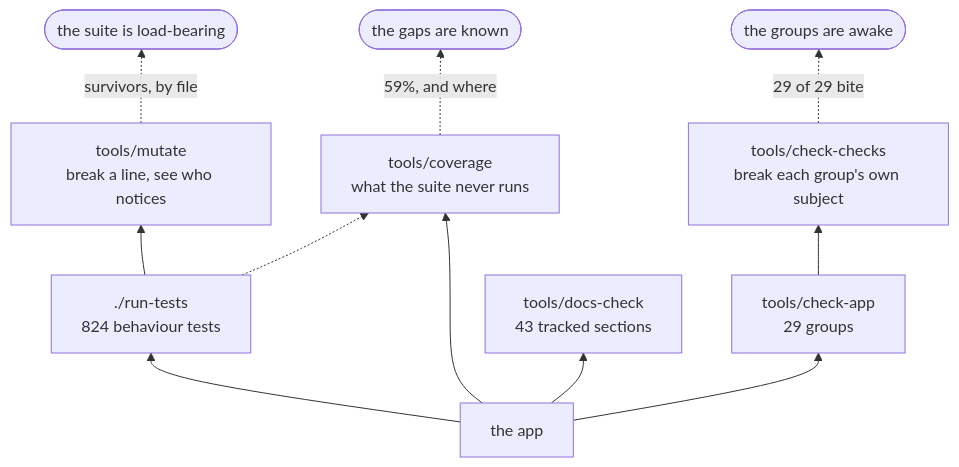
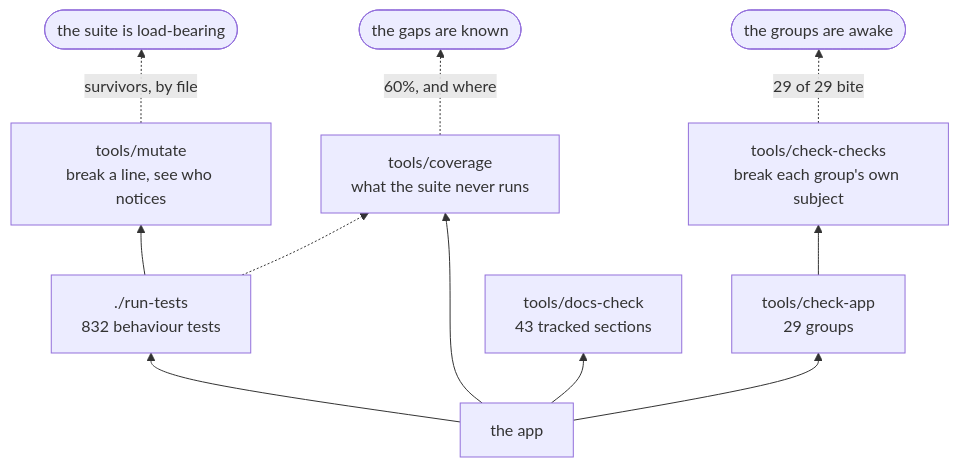
One commit to minormending/crystal-pilot-mobile changed the second of 2 diagrams in docs/DEVELOPING.md. Above: the diagram before and after it, drawn with Mermaid. The commit also changed other lines of this file and 5 other files, not shown here.

````diff
--- a/docs/DEVELOPING.md
+++ b/docs/DEVELOPING.md
@@ -127,13 +127,13 @@
 ```mermaid
 flowchart BT
-    C["the app"] --> T["./run-tests<br/>824 behaviour tests"]
+    C["the app"] --> T["./run-tests<br/>832 behaviour tests"]
     C --> A["tools/check-app<br/>29 groups"]
     C --> D["tools/docs-check<br/>43 tracked sections"]
     C --> V["tools/coverage<br/>what the suite never runs"]
     T --> M["tools/mutate<br/>break a line, see who notices"]
     A --> K["tools/check-checks<br/>break each group's own subject"]
     T -.-> V
     M -.->|"survivors, by file"| R(["the suite is load-bearing"])
     K -.->|"29 of 29 bite"| R2(["the groups are awake"])
-    V -.->|"59%, and where"| R3(["the gaps are known"])
+    V -.->|"60%, and where"| R3(["the gaps are known"])
 ```
````
